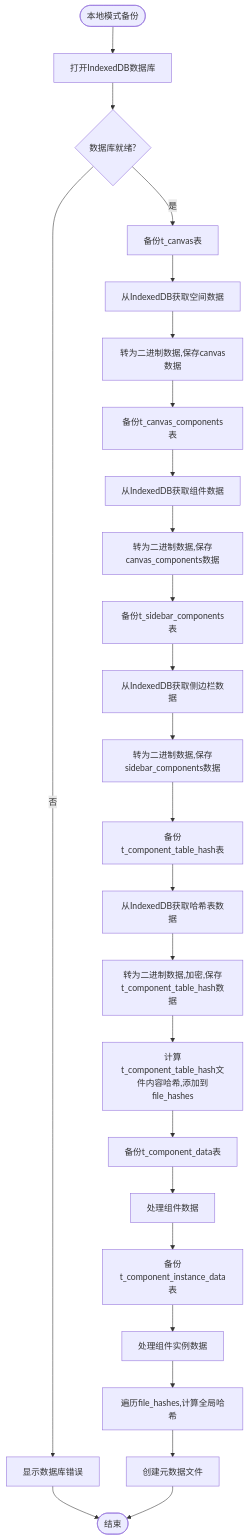
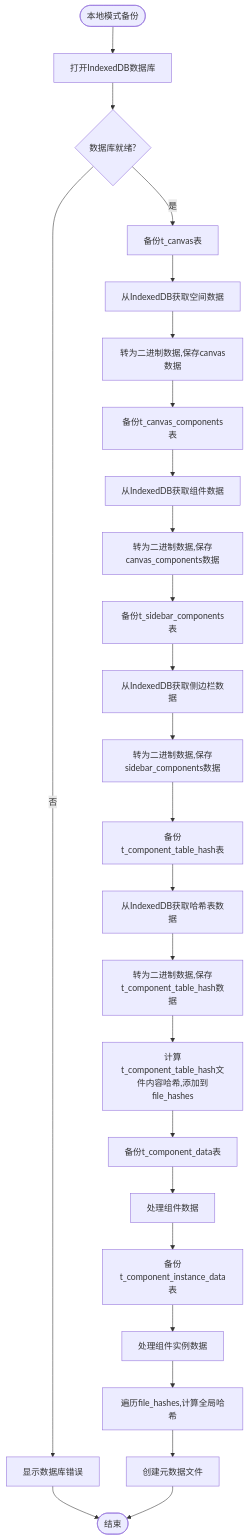
One commit to yingjianzh/iodraw-files changed the diagram in all/未命名-60.md. Above: the diagram before and after it, drawn with Mermaid.

Commit message:
2025-05-15 14:48:10 update

````diff
--- a/all/未命名-60.md
+++ b/all/未命名-60.md
@@ -1,36 +1,36 @@
 ```mermaid
 
 flowchart TD
     Start([本地模式备份]) --> OpenDB[打开IndexedDB数据库]
     OpenDB --> DBReady{数据库就绪?}
     
     DBReady -->|否| ShowDBError[显示数据库错误]
     DBReady -->|是| BackupCanvas[备份t_canvas表]
     
     ShowDBError --> End([结束])
     
     BackupCanvas --> GetCanvasFromDB[从IndexedDB获取空间数据]
     GetCanvasFromDB --> ProcessCanvasFile[转为二进制数据,保存canvas数据]
     ProcessCanvasFile -->  BackupCanvasComps[备份t_canvas_components表]
     BackupCanvasComps --> GetCanvasCompsFromDB[从IndexedDB获取组件数据]
     GetCanvasCompsFromDB --> ProcessCanvasCompsFile[转为二进制数据,保存canvas_components数据]
     ProcessCanvasCompsFile -->  BackupSidebarComps[备份t_sidebar_components表]
     BackupSidebarComps --> GetSidebarCompsFromDB[从IndexedDB获取侧边栏数据]
     GetSidebarCompsFromDB --> ProcessSidebarCompsFile[转为二进制数据,保存sidebar_components数据]
     ProcessSidebarCompsFile --> BackupHashTables[备份t_component_table_hash表]
     BackupHashTables --> GetHashTablesFromDB[从IndexedDB获取哈希表数据]
-    GetHashTablesFromDB --> ProcessHashTablesFile[转为二进制数据,加密,保存t_component_table_hash数据]
+    GetHashTablesFromDB --> ProcessHashTablesFile[转为二进制数据,保存t_component_table_hash数据]
     ProcessHashTablesFile --> AddHashTablesHash[计算t_component_table_hash文件内容哈希,添加到file_hashes]
     
     AddHashTablesHash --> BackupCompData[备份t_component_data表]
     BackupCompData --> ProcessCompData[处理组件数据]
     
     ProcessCompData --> BackupInstData[备份t_component_instance_data表]
     BackupInstData --> ProcessInstData[处理组件实例数据]
     
     ProcessInstData --> CalculateGlobalHash[遍历file_hashes,计算全局哈希]
     CalculateGlobalHash --> CreateMetadataFile[创建元数据文件]
     
     CreateMetadataFile --> End
 
 ```
````
